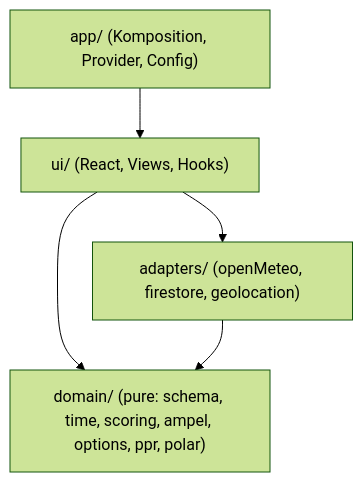
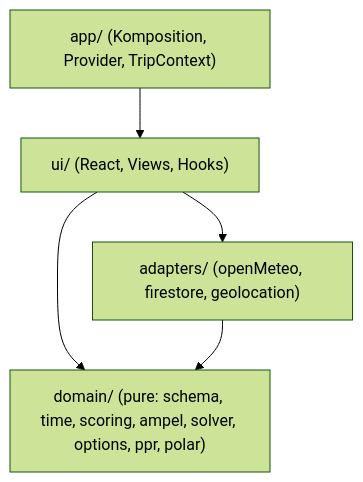
One commit to mantapanta/sailgreece-router changed the first of 3 diagrams in _bmad-output/planning-artifacts/architecture/architecture-sailgreece-router-2026-07-30/ARCHITECTURE-SPINE.md. Above: the diagram before and after it, drawn with Mermaid (forest theme). The commit also changed other lines of this file and 43 other files, not shown here.

First line of the commit message:
feat(domain): Round-Trip-Umbau I — Plan-Modell, Solver, Bewertung

````diff
--- a/_bmad-output/planning-artifacts/architecture/architecture-sailgreece-router-2026-07-30/ARCHITECTURE-SPINE.md
+++ b/_bmad-output/planning-artifacts/architecture/architecture-sailgreece-router-2026-07-30/ARCHITECTURE-SPINE.md
@@ -28,7 +36,7 @@
 ```mermaid
 graph TD
-  ui["ui/ (React, Views, Hooks)"] --> domain["domain/ (pure: schema, time, scoring, ampel, options, ppr, polar)"]
+  ui["ui/ (React, Views, Hooks)"] --> domain["domain/ (pure: schema, time, scoring, ampel, solver, options, ppr, polar)"]
   ui --> adapters["adapters/ (openMeteo, firestore, geolocation)"]
-  app["app/ (Komposition, Provider, Config)"] --> ui
+  app["app/ (Komposition, Provider, TripContext)"] --> ui
   adapters --> domain
 ```
````
